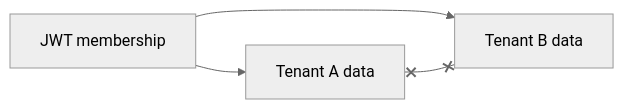
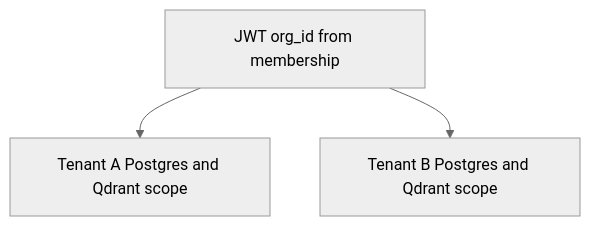
One commit to nikhilmaguwala/enterprise-ai-agent changed the fifth of 9 diagrams in README.md. Above: the diagram before and after it, drawn with Mermaid (neutral theme). The commit also changed other lines of this file, not shown here.

First line of the commit message:
Fix README Mermaid syntax errors on GitHub rendering.

````diff
--- a/README.md
+++ b/README.md
@@ -246,6 +246,8 @@
 ```mermaid
-flowchart LR
-  JWT[JWT membership] --> A[Tenant A data]
-  JWT --> B[Tenant B data]
-  A x--x B
+flowchart TB
+  JWT[JWT org_id from membership]
+  TA[Tenant A Postgres and Qdrant scope]
+  TB[Tenant B Postgres and Qdrant scope]
+  JWT --> TA
+  JWT --> TB
 ```
````
